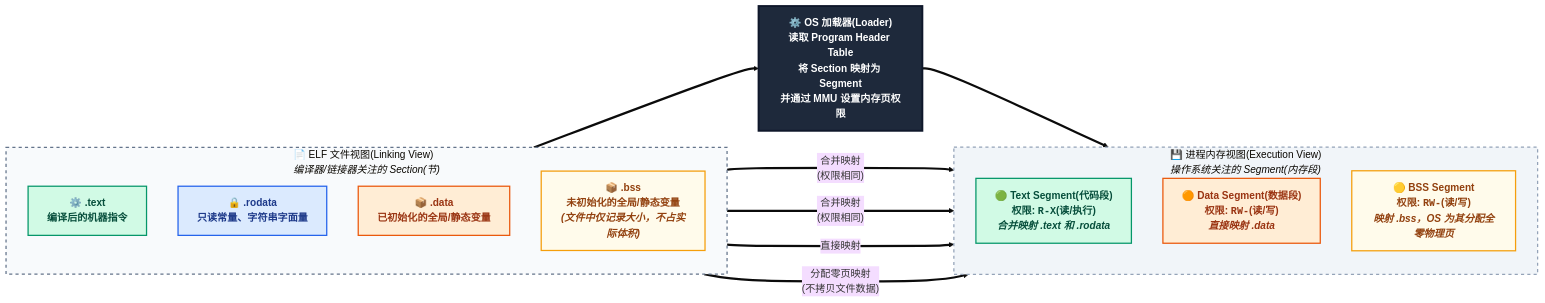
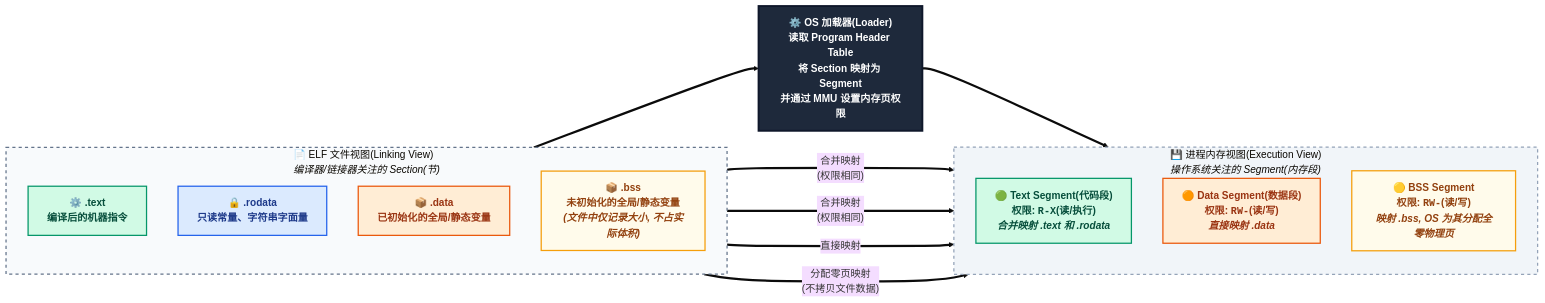
One commit to dmjcb/dmjcb.github.io changed the tenth of 10 diagrams in _posts/c_c++/compile/2021-06-15-编译过程.md. Above: the diagram before and after it, drawn with Mermaid (base theme). The commit also changed other lines of this file and 12 other files, not shown here.

````diff
--- a/_posts/c_c++/compile/2021-06-15-编译过程.md
+++ b/_posts/c_c++/compile/2021-06-15-编译过程.md
@@ -1033,56 +1033,56 @@
 ```mermaid
 flowchart LR
     %% 样式定义
     classDef fileBox fill:#f8fafc,stroke:#64748b,stroke-width:2px,stroke-dasharray: 5 5;
     classDef memBox fill:#f1f5f9,stroke:#94a3b8,stroke-width:2px,stroke-dasharray: 5 5;
     
     classDef secText fill:#d1fae5,stroke:#059669,stroke-width:2px,color:#064e3b,font-weight:bold;
     classDef secRodata fill:#dbeafe,stroke:#2563eb,stroke-width:2px,color:#1e3a8a,font-weight:bold;
     classDef secData fill:#ffedd5,stroke:#ea580c,stroke-width:2px,color:#9a3412,font-weight:bold;
     classDef secBss fill:#fffbeb,stroke:#f59e0b,stroke-width:2px,color:#92400e,font-weight:bold;
     
     classDef loader fill:#1e293b,stroke:#0f172a,stroke-width:3px,color:#ffffff,font-weight:bold,font-size:16px;
 
     subgraph ELF_File ["📄 ELF 文件视图(Linking View)<br/><i>编译器/链接器关注的 Section(节)</i>"]
         direction TB
         S_Text["⚙️ <b>.text</b><br/>编译后的机器指令"]
         S_Rodata["🔒 <b>.rodata</b><br/>只读常量、字符串字面量"]
         S_Data["📦 <b>.data</b><br/>已初始化的全局/静态变量"]
-        S_Bss["📦 <b>.bss</b><br/>未初始化的全局/静态变量<br/><i>(文件中仅记录大小，不占实际体积)</i>"]
+        S_Bss["📦 <b>.bss</b><br/>未初始化的全局/静态变量<br/><i>(文件中仅记录大小, 不占实际体积)</i>"]
     end
 
     Loader["⚙️ <b>OS 加载器(Loader)</b><br/>读取 Program Header Table<br/>将 Section 映射为 Segment<br/>并通过 MMU 设置内存页权限"]
 
     subgraph Mem_Layout ["💾 进程内存视图(Execution View)<br/><i>操作系统关注的 Segment(内存段)</i>"]
         direction TB
         M_Text["🟢 <b>Text Segment(代码段)</b><br/>权限: <code>R-X</code>(读/执行)<br/><i>合并映射 .text 和 .rodata</i>"]
         M_Data["🟠 <b>Data Segment(数据段)</b><br/>权限: <code>RW-</code>(读/写)<br/><i>直接映射 .data</i>"]
-        M_Bss["🟡 <b>BSS Segment</b><br/>权限: <code>RW-</code>(读/写)<br/><i>映射 .bss，OS 为其分配全零物理页</i>"]
+        M_Bss["🟡 <b>BSS Segment</b><br/>权限: <code>RW-</code>(读/写)<br/><i>映射 .bss, OS 为其分配全零物理页</i>"]
     end
 
     %% 映射连线
     S_Text ==>|"合并映射<br/>(权限相同)"| M_Text
     S_Rodata ==>|"合并映射<br/>(权限相同)"| M_Text
     
     S_Data ==>|"直接映射"| M_Data
     
     S_Bss ==>|"分配零页映射<br/>(不拷贝文件数据)"| M_Bss
 
     ELF_File ==> Loader ==> Mem_Layout
 
     %% 应用样式
     class ELF_File fileBox;
     class Mem_Layout memBox;
     
     class S_Text secText;
     class S_Rodata secRodata;
     class S_Data secData;
     class S_Bss secBss;
     
     class M_Text secText;
     class M_Data secData;
     class M_Bss secBss;
     
     class Loader loader;
 
 ```
````
